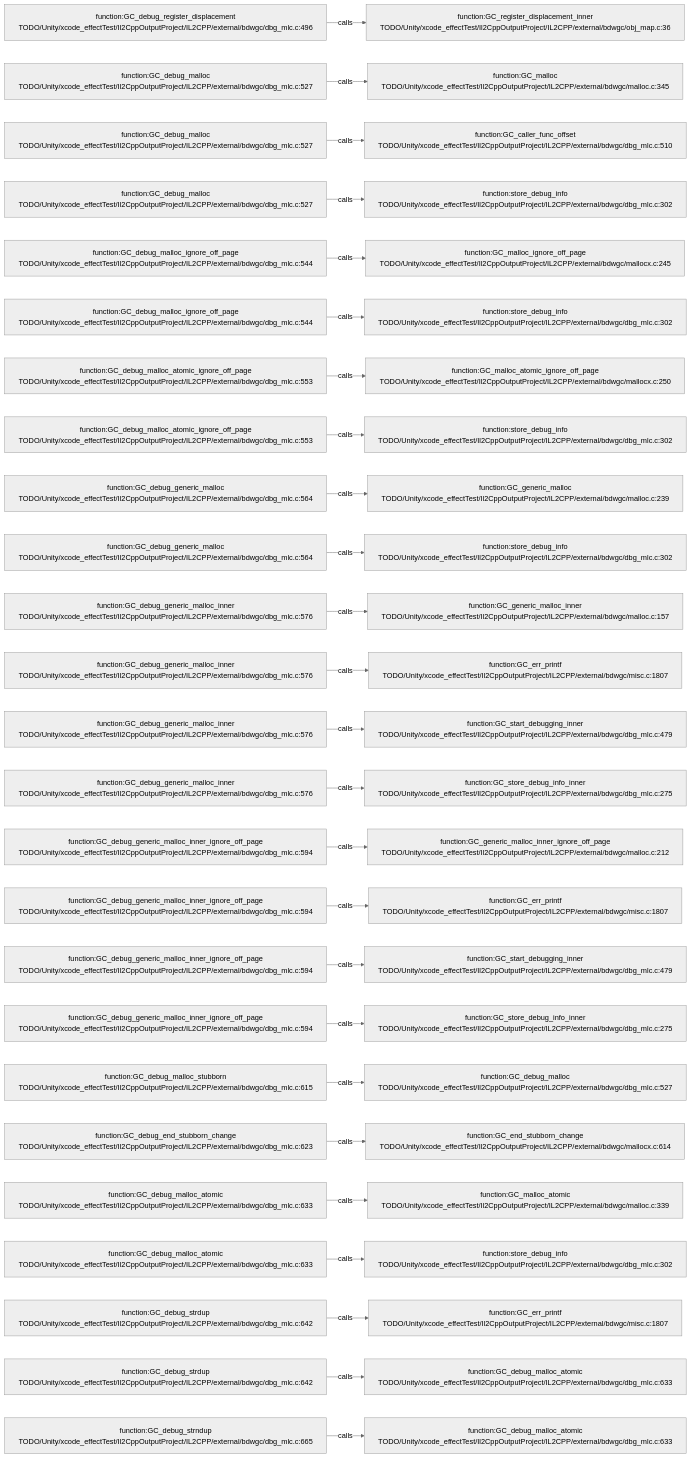
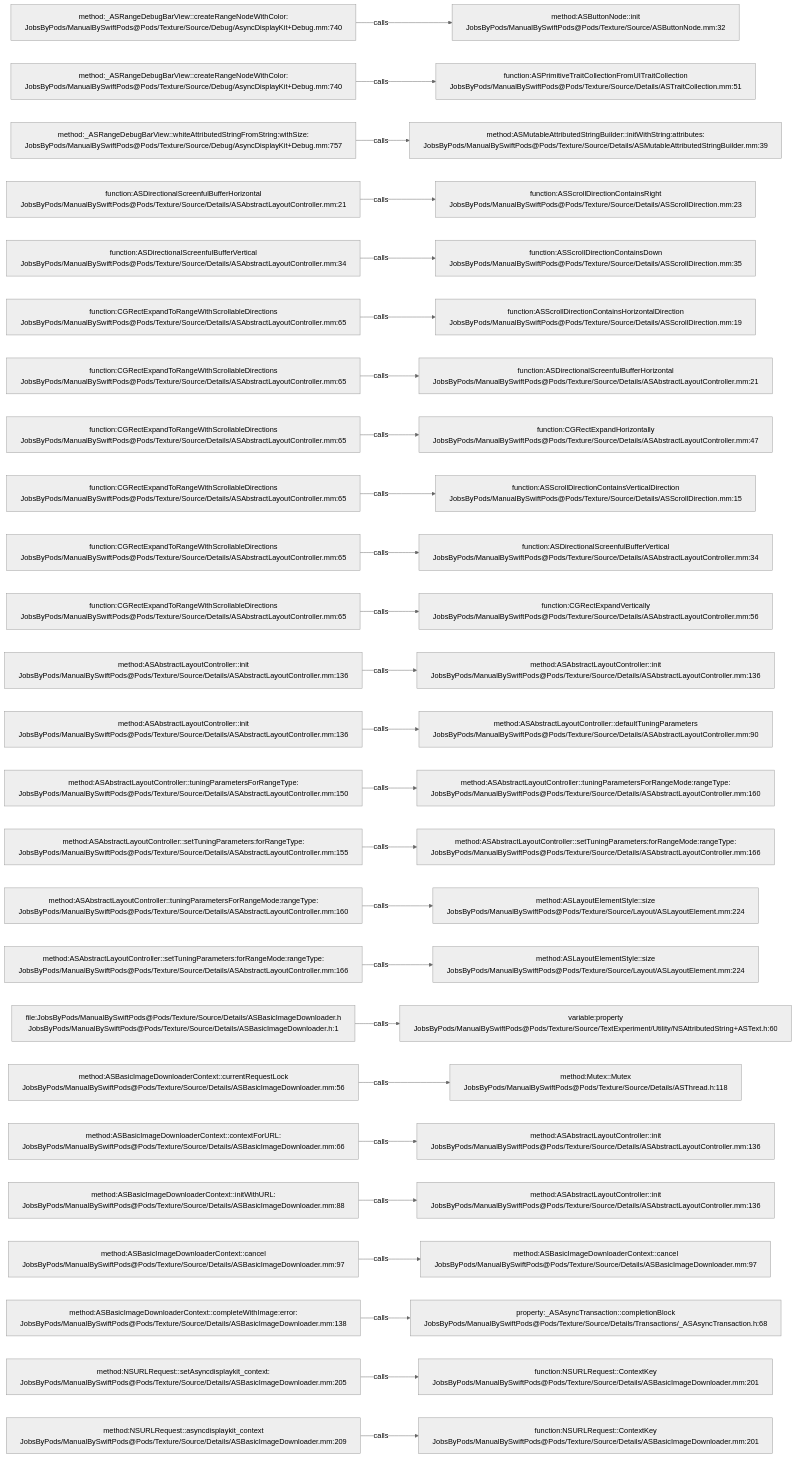
Before and after one commit to JobsKits/JobsSwiftBaseConfigDemo: the diagram in .codegraph/codegraph.md/graphs/calls-100.md, drawn with Mermaid (neutral theme). The commit also changed 2959 other files, not shown here.

````diff
--- a/.codegraph/codegraph.md/graphs/calls-100.md
+++ b/.codegraph/codegraph.md/graphs/calls-100.md
@@ -13,78 +13,78 @@
 ```mermaid
 flowchart LR
-  S1["function:GC_debug_register_displacement<br/>TODO/Unity/xcode_effectTest/Il2CppOutputProject/IL2CPP/external/bdwgc/dbg_mlc.c:496"]
-  T1["function:GC_register_displacement_inner<br/>TODO/Unity/xcode_effectTest/Il2CppOutputProject/IL2CPP/external/bdwgc/obj_map.c:36"]
+  S1["method:_ASRangeDebugBarView::createRangeNodeWithColor:<br/>JobsByPods/ManualBySwiftPods@Pods/Texture/Source/Debug/AsyncDisplayKit+Debug.mm:740"]
+  T1["method:ASButtonNode::init<br/>JobsByPods/ManualBySwiftPods@Pods/Texture/Source/ASButtonNode.mm:32"]
   S1 -->|calls| T1
-  S2["function:GC_debug_malloc<br/>TODO/Unity/xcode_effectTest/Il2CppOutputProject/IL2CPP/external/bdwgc/dbg_mlc.c:527"]
-  T2["function:GC_malloc<br/>TODO/Unity/xcode_effectTest/Il2CppOutputProject/IL2CPP/external/bdwgc/malloc.c:345"]
+  S2["method:_ASRangeDebugBarView::createRangeNodeWithColor:<br/>JobsByPods/ManualBySwiftPods@Pods/Texture/Source/Debug/AsyncDisplayKit+Debug.mm:740"]
+  T2["function:ASPrimitiveTraitCollectionFromUITraitCollection<br/>JobsByPods/ManualBySwiftPods@Pods/Texture/Source/Details/ASTraitCollection.mm:51"]
   S2 -->|calls| T2
-  S3["function:GC_debug_malloc<br/>TODO/Unity/xcode_effectTest/Il2CppOutputProject/IL2CPP/external/bdwgc/dbg_mlc.c:527"]
-  T3["function:GC_caller_func_offset<br/>TODO/Unity/xcode_effectTest/Il2CppOutputProject/IL2CPP/external/bdwgc/dbg_mlc.c:510"]
+  S3["method:_ASRangeDebugBarView::whiteAttributedStringFromString:withSize:<br/>JobsByPods/ManualBySwiftPods@Pods/Texture/Source/Debug/AsyncDisplayKit+Debug.mm:757"]
+  T3["method:ASMutableAttributedStringBuilder::initWithString:attributes:<br/>JobsByPods/ManualBySwiftPods@Pods/Texture/Source/Details/ASMutableAttributedStringBuilder.mm:39"]
   S3 -->|calls| T3
-  S4["function:GC_debug_malloc<br/>TODO/Unity/xcode_effectTest/Il2CppOutputProject/IL2CPP/external/bdwgc/dbg_mlc.c:527"]
-  T4["function:store_debug_info<br/>TODO/Unity/xcode_effectTest/Il2CppOutputProject/IL2CPP/external/bdwgc/dbg_mlc.c:302"]
+  S4["function:ASDirectionalScreenfulBufferHorizontal<br/>JobsByPods/ManualBySwiftPods@Pods/Texture/Source/Details/ASAbstractLayoutController.mm:21"]
+  T4["function:ASScrollDirectionContainsRight<br/>JobsByPods/ManualBySwiftPods@Pods/Texture/Source/Details/ASScrollDirection.mm:23"]
   S4 -->|calls| T4
-  S5["function:GC_debug_malloc_ignore_off_page<br/>TODO/Unity/xcode_effectTest/Il2CppOutputProject/IL2CPP/external/bdwgc/dbg_mlc.c:544"]
-  T5["function:GC_malloc_ignore_off_page<br/>TODO/Unity/xcode_effectTest/Il2CppOutputProject/IL2CPP/external/bdwgc/mallocx.c:245"]
+  S5["function:ASDirectionalScreenfulBufferVertical<br/>JobsByPods/ManualBySwiftPods@Pods/Texture/Source/Details/ASAbstractLayoutController.mm:34"]
+  T5["function:ASScrollDirectionContainsDown<br/>JobsByPods/ManualBySwiftPods@Pods/Texture/Source/Details/ASScrollDirection.mm:35"]
   S5 -->|calls| T5
-  S6["function:GC_debug_malloc_ignore_off_page<br/>TODO/Unity/xcode_effectTest/Il2CppOutputProject/IL2CPP/external/bdwgc/dbg_mlc.c:544"]
-  T6["function:store_debug_info<br/>TODO/Unity/xcode_effectTest/Il2CppOutputProject/IL2CPP/external/bdwgc/dbg_mlc.c:302"]
+  S6["function:CGRectExpandToRangeWithScrollableDirections<br/>JobsByPods/ManualBySwiftPods@Pods/Texture/Source/Details/ASAbstractLayoutController.mm:65"]
+  T6["function:ASScrollDirectionContainsHorizontalDirection<br/>JobsByPods/ManualBySwiftPods@Pods/Texture/Source/Details/ASScrollDirection.mm:19"]
   S6 -->|calls| T6
-  S7["function:GC_debug_malloc_atomic_ignore_off_page<br/>TODO/Unity/xcode_effectTest/Il2CppOutputProject/IL2CPP/external/bdwgc/dbg_mlc.c:553"]
-  T7["function:GC_malloc_atomic_ignore_off_page<br/>TODO/Unity/xcode_effectTest/Il2CppOutputProject/IL2CPP/external/bdwgc/mallocx.c:250"]
+  S7["function:CGRectExpandToRangeWithScrollableDirections<br/>JobsByPods/ManualBySwiftPods@Pods/Texture/Source/Details/ASAbstractLayoutController.mm:65"]
+  T7["function:ASDirectionalScreenfulBufferHorizontal<br/>JobsByPods/ManualBySwiftPods@Pods/Texture/Source/Details/ASAbstractLayoutController.mm:21"]
   S7 -->|calls| T7
-  S8["function:GC_debug_malloc_atomic_ignore_off_page<br/>TODO/Unity/xcode_effectTest/Il2CppOutputProject/IL2CPP/external/bdwgc/dbg_mlc.c:553"]
-  T8["function:store_debug_info<br/>TODO/Unity/xcode_effectTest/Il2CppOutputProject/IL2CPP/external/bdwgc/dbg_mlc.c:302"]
+  S8["function:CGRectExpandToRangeWithScrollableDirections<br/>JobsByPods/ManualBySwiftPods@Pods/Texture/Source/Details/ASAbstractLayoutController.mm:65"]
+  T8["function:CGRectExpandHorizontally<br/>JobsByPods/ManualBySwiftPods@Pods/Texture/Source/Details/ASAbstractLayoutController.mm:47"]
   S8 -->|calls| T8
-  S9["function:GC_debug_generic_malloc<br/>TODO/Unity/xcode_effectTest/Il2CppOutputProject/IL2CPP/external/bdwgc/dbg_mlc.c:564"]
-  T9["function:GC_generic_malloc<br/>TODO/Unity/xcode_effectTest/Il2CppOutputProject/IL2CPP/external/bdwgc/malloc.c:239"]
+  S9["function:CGRectExpandToRangeWithScrollableDirections<br/>JobsByPods/ManualBySwiftPods@Pods/Texture/Source/Details/ASAbstractLayoutController.mm:65"]
+  T9["function:ASScrollDirectionContainsVerticalDirection<br/>JobsByPods/ManualBySwiftPods@Pods/Texture/Source/Details/ASScrollDirection.mm:15"]
   S9 -->|calls| T9
-  S10["function:GC_debug_generic_malloc<br/>TODO/Unity/xcode_effectTest/Il2CppOutputProject/IL2CPP/external/bdwgc/dbg_mlc.c:564"]
-  T10["function:store_debug_info<br/>TODO/Unity/xcode_effectTest/Il2CppOutputProject/IL2CPP/external/bdwgc/dbg_mlc.c:302"]
+  S10["function:CGRectExpandToRangeWithScrollableDirections<br/>JobsByPods/ManualBySwiftPods@Pods/Texture/Source/Details/ASAbstractLayoutController.mm:65"]
+  T10["function:ASDirectionalScreenfulBufferVertical<br/>JobsByPods/ManualBySwiftPods@Pods/Texture/Source/Details/ASAbstractLayoutController.mm:34"]
   S10 -->|calls| T10
-  S11["function:GC_debug_generic_malloc_inner<br/>TODO/Unity/xcode_effectTest/Il2CppOutputProject/IL2CPP/external/bdwgc/dbg_mlc.c:576"]
-  T11["function:GC_generic_malloc_inner<br/>TODO/Unity/xcode_effectTest/Il2CppOutputProject/IL2CPP/external/bdwgc/malloc.c:157"]
+  S11["function:CGRectExpandToRangeWithScrollableDirections<br/>JobsByPods/ManualBySwiftPods@Pods/Texture/Source/Details/ASAbstractLayoutController.mm:65"]
+  T11["function:CGRectExpandVertically<br/>JobsByPods/ManualBySwiftPods@Pods/Texture/Source/Details/ASAbstractLayoutController.mm:56"]
   S11 -->|calls| T11
-  S12["function:GC_debug_generic_malloc_inner<br/>TODO/Unity/xcode_effectTest/Il2CppOutputProject/IL2CPP/external/bdwgc/dbg_mlc.c:576"]
-  T12["function:GC_err_printf<br/>TODO/Unity/xcode_effectTest/Il2CppOutputProject/IL2CPP/external/bdwgc/misc.c:1807"]
+  S12["method:ASAbstractLayoutController::init<br/>JobsByPods/ManualBySwiftPods@Pods/Texture/Source/Details/ASAbstractLayoutController.mm:136"]
+  T12["method:ASAbstractLayoutController::init<br/>JobsByPods/ManualBySwiftPods@Pods/Texture/Source/Details/ASAbstractLayoutController.mm:136"]
   S12 -->|calls| T12
-  S13["function:GC_debug_generic_malloc_inner<br/>TODO/Unity/xcode_effectTest/Il2CppOutputProject/IL2CPP/external/bdwgc/dbg_mlc.c:576"]
-  T13["function:GC_start_debugging_inner<br/>TODO/Unity/xcode_effectTest/Il2CppOutputProject/IL2CPP/external/bdwgc/dbg_mlc.c:479"]
+  S13["method:ASAbstractLayoutController::init<br/>JobsByPods/ManualBySwiftPods@Pods/Texture/Source/Details/ASAbstractLayoutController.mm:136"]
+  T13["method:ASAbstractLayoutController::defaultTuningParameters<br/>JobsByPods/ManualBySwiftPods@Pods/Texture/Source/Details/ASAbstractLayoutController.mm:90"]
   S13 -->|calls| T13
-  S14["function:GC_debug_generic_malloc_inner<br/>TODO/Unity/xcode_effectTest/Il2CppOutputProject/IL2CPP/external/bdwgc/dbg_mlc.c:576"]
-  T14["function:GC_store_debug_info_inner<br/>TODO/Unity/xcode_effectTest/Il2CppOutputProject/IL2CPP/external/bdwgc/dbg_mlc.c:275"]
+  S14["method:ASAbstractLayoutController::tuningParametersForRangeType:<br/>JobsByPods/ManualBySwiftPods@Pods/Texture/Source/Details/ASAbstractLayoutController.mm:150"]
+  T14["method:ASAbstractLayoutController::tuningParametersForRangeMode:rangeType:<br/>JobsByPods/ManualBySwiftPods@Pods/Texture/Source/Details/ASAbstractLayoutController.mm:160"]
   S14 -->|calls| T14
-  S15["function:GC_debug_generic_malloc_inner_ignore_off_page<br/>TODO/Unity/xcode_effectTest/Il2CppOutputProject/IL2CPP/external/bdwgc/dbg_mlc.c:594"]
-  T15["function:GC_generic_malloc_inner_ignore_off_page<br/>TODO/Unity/xcode_effectTest/Il2CppOutputProject/IL2CPP/external/bdwgc/malloc.c:212"]
+  S15["method:ASAbstractLayoutController::setTuningParameters:forRangeType:<br/>JobsByPods/ManualBySwiftPods@Pods/Texture/Source/Details/ASAbstractLayoutController.mm:155"]
+  T15["method:ASAbstractLayoutController::setTuningParameters:forRangeMode:rangeType:<br/>JobsByPods/ManualBySwiftPods@Pods/Texture/Source/Details/ASAbstractLayoutController.mm:166"]
   S15 -->|calls| T15
-  S16["function:GC_debug_generic_malloc_inner_ignore_off_page<br/>TODO/Unity/xcode_effectTest/Il2CppOutputProject/IL2CPP/external/bdwgc/dbg_mlc.c:594"]
-  T16["function:GC_err_printf<br/>TODO/Unity/xcode_effectTest/Il2CppOutputProject/IL2CPP/external/bdwgc/misc.c:1807"]
+  S16["method:ASAbstractLayoutController::tuningParametersForRangeMode:rangeType:<br/>JobsByPods/ManualBySwiftPods@Pods/Texture/Source/Details/ASAbstractLayoutController.mm:160"]
+  T16["method:ASLayoutElementStyle::size<br/>JobsByPods/ManualBySwiftPods@Pods/Texture/Source/Layout/ASLayoutElement.mm:224"]
   S16 -->|calls| T16
-  S17["function:GC_debug_generic_malloc_inner_ignore_off_page<br/>TODO/Unity/xcode_effectTest/Il2CppOutputProject/IL2CPP/external/bdwgc/dbg_mlc.c:594"]
-  T17["function:GC_start_debugging_inner<br/>TODO/Unity/xcode_effectTest/Il2CppOutputProject/IL2CPP/external/bdwgc/dbg_mlc.c:479"]
+  S17["method:ASAbstractLayoutController::setTuningParameters:forRangeMode:rangeType:<br/>JobsByPods/ManualBySwiftPods@Pods/Texture/Source/Details/ASAbstractLayoutController.mm:166"]
+  T17["method:ASLayoutElementStyle::size<br/>JobsByPods/ManualBySwiftPods@Pods/Texture/Source/Layout/ASLayoutElement.mm:224"]
   S17 -->|calls| T17
-  S18["function:GC_debug_generic_malloc_inner_ignore_off_page<br/>TODO/Unity/xcode_effectTest/Il2CppOutputProject/IL2CPP/external/bdwgc/dbg_mlc.c:594"]
-  T18["function:GC_store_debug_info_inner<br/>TODO/Unity/xcode_effectTest/Il2CppOutputProject/IL2CPP/external/bdwgc/dbg_mlc.c:275"]
+  S18["file:JobsByPods/ManualBySwiftPods@Pods/Texture/Source/Details/ASBasicImageDownloader.h<br/>JobsByPods/ManualBySwiftPods@Pods/Texture/Source/Details/ASBasicImageDownloader.h:1"]
+  T18["variable:property<br/>JobsByPods/ManualBySwiftPods@Pods/Texture/Source/TextExperiment/Utility/NSAttributedString+ASText.h:60"]
   S18 -->|calls| T18
-  S19["function:GC_debug_malloc_stubborn<br/>TODO/Unity/xcode_effectTest/Il2CppOutputProject/IL2CPP/external/bdwgc/dbg_mlc.c:615"]
-  T19["function:GC_debug_malloc<br/>TODO/Unity/xcode_effectTest/Il2CppOutputProject/IL2CPP/external/bdwgc/dbg_mlc.c:527"]
+  S19["method:ASBasicImageDownloaderContext::currentRequestLock<br/>JobsByPods/ManualBySwiftPods@Pods/Texture/Source/Details/ASBasicImageDownloader.mm:56"]
+  T19["method:Mutex::Mutex<br/>JobsByPods/ManualBySwiftPods@Pods/Texture/Source/Details/ASThread.h:118"]
   S19 -->|calls| T19
-  S20["function:GC_debug_end_stubborn_change<br/>TODO/Unity/xcode_effectTest/Il2CppOutputProject/IL2CPP/external/bdwgc/dbg_mlc.c:623"]
-  T20["function:GC_end_stubborn_change<br/>TODO/Unity/xcode_effectTest/Il2CppOutputProject/IL2CPP/external/bdwgc/mallocx.c:614"]
+  S20["method:ASBasicImageDownloaderContext::contextForURL:<br/>JobsByPods/ManualBySwiftPods@Pods/Texture/Source/Details/ASBasicImageDownloader.mm:66"]
+  T20["method:ASAbstractLayoutController::init<br/>JobsByPods/ManualBySwiftPods@Pods/Texture/Source/Details/ASAbstractLayoutController.mm:136"]
   S20 -->|calls| T20
-  S21["function:GC_debug_malloc_atomic<br/>TODO/Unity/xcode_effectTest/Il2CppOutputProject/IL2CPP/external/bdwgc/dbg_mlc.c:633"]
-  T21["function:GC_malloc_atomic<br/>TODO/Unity/xcode_effectTest/Il2CppOutputProject/IL2CPP/external/bdwgc/malloc.c:339"]
+  S21["method:ASBasicImageDownloaderContext::initWithURL:<br/>JobsByPods/ManualBySwiftPods@Pods/Texture/Source/Details/ASBasicImageDownloader.mm:88"]
+  T21["method:ASAbstractLayoutController::init<br/>JobsByPods/ManualBySwiftPods@Pods/Texture/Source/Details/ASAbstractLayoutController.mm:136"]
   S21 -->|calls| T21
-  S22["function:GC_debug_malloc_atomic<br/>TODO/Unity/xcode_effectTest/Il2CppOutputProject/IL2CPP/external/bdwgc/dbg_mlc.c:633"]
-  T22["function:store_debug_info<br/>TODO/Unity/xcode_effectTest/Il2CppOutputProject/IL2CPP/external/bdwgc/dbg_mlc.c:302"]
+  S22["method:ASBasicImageDownloaderContext::cancel<br/>JobsByPods/ManualBySwiftPods@Pods/Texture/Source/Details/ASBasicImageDownloader.mm:97"]
+  T22["method:ASBasicImageDownloaderContext::cancel<br/>JobsByPods/ManualBySwiftPods@Pods/Texture/Source/Details/ASBasicImageDownloader.mm:97"]
   S22 -->|calls| T22
-  S23["function:GC_debug_strdup<br/>TODO/Unity/xcode_effectTest/Il2CppOutputProject/IL2CPP/external/bdwgc/dbg_mlc.c:642"]
-  T23["function:GC_err_printf<br/>TODO/Unity/xcode_effectTest/Il2CppOutputProject/IL2CPP/external/bdwgc/misc.c:1807"]
+  S23["method:ASBasicImageDownloaderContext::completeWithImage:error:<br/>JobsByPods/ManualBySwiftPods@Pods/Texture/Source/Details/ASBasicImageDownloader.mm:138"]
+  T23["property:_ASAsyncTransaction::completionBlock<br/>JobsByPods/ManualBySwiftPods@Pods/Texture/Source/Details/Transactions/_ASAsyncTransaction.h:68"]
   S23 -->|calls| T23
-  S24["function:GC_debug_strdup<br/>TODO/Unity/xcode_effectTest/Il2CppOutputProject/IL2CPP/external/bdwgc/dbg_mlc.c:642"]
-  T24["function:GC_debug_malloc_atomic<br/>TODO/Unity/xcode_effectTest/Il2CppOutputProject/IL2CPP/external/bdwgc/dbg_mlc.c:633"]
+  S24["method:NSURLRequest::setAsyncdisplaykit_context:<br/>JobsByPods/ManualBySwiftPods@Pods/Texture/Source/Details/ASBasicImageDownloader.mm:205"]
+  T24["function:NSURLRequest::ContextKey<br/>JobsByPods/ManualBySwiftPods@Pods/Texture/Source/Details/ASBasicImageDownloader.mm:201"]
   S24 -->|calls| T24
-  S25["function:GC_debug_strndup<br/>TODO/Unity/xcode_effectTest/Il2CppOutputProject/IL2CPP/external/bdwgc/dbg_mlc.c:665"]
-  T25["function:GC_debug_malloc_atomic<br/>TODO/Unity/xcode_effectTest/Il2CppOutputProject/IL2CPP/external/bdwgc/dbg_mlc.c:633"]
+  S25["method:NSURLRequest::asyncdisplaykit_context<br/>JobsByPods/ManualBySwiftPods@Pods/Texture/Source/Details/ASBasicImageDownloader.mm:209"]
+  T25["function:NSURLRequest::ContextKey<br/>JobsByPods/ManualBySwiftPods@Pods/Texture/Source/Details/ASBasicImageDownloader.mm:201"]
   S25 -->|calls| T25
 ```
````
